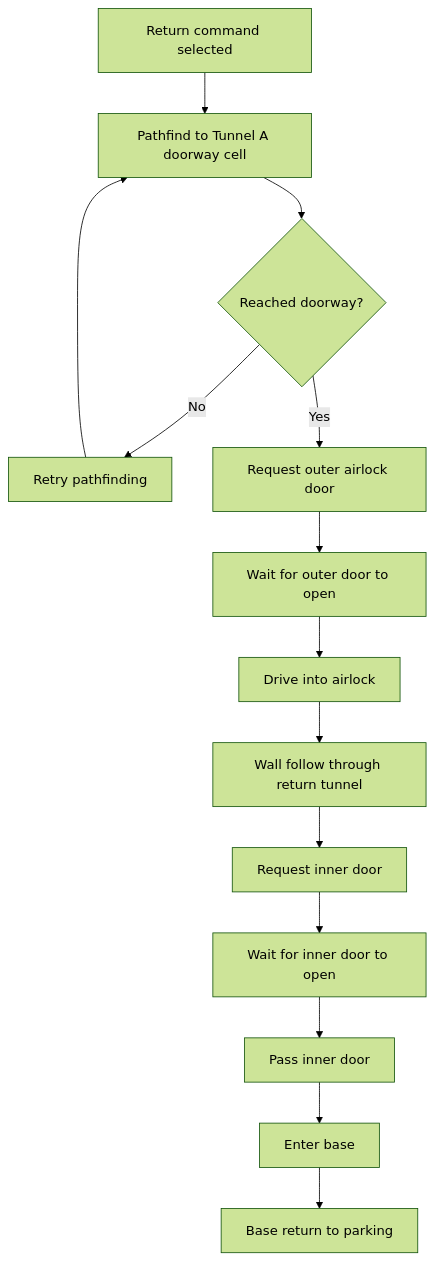
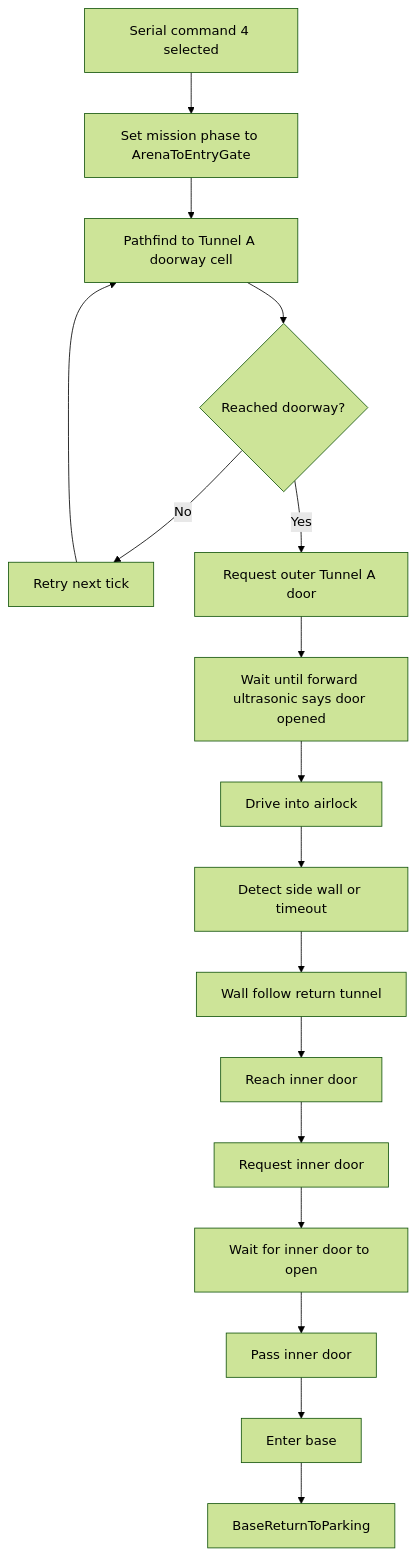
Before and after one commit to Nolanyu99/term3_robot: diagram 12 of 14 in README.md, drawn with Mermaid (forest theme). The commit also changed other lines of this file, not shown here.

````diff
--- a/README.md
+++ b/README.md
@@ -457,18 +721,21 @@
 ```mermaid
 flowchart TD
-    A[Return command selected] --> B[Pathfind to Tunnel A doorway cell]
-    B --> C{Reached doorway?}
+    A[Serial command 4 selected] --> B[Set mission phase to ArenaToEntryGate]
+    B --> C[Pathfind to Tunnel A doorway cell]
+    C --> D{Reached doorway?}
 
-    C -->|No| D[Retry pathfinding]
-    D --> B
+    D -->|No| E[Retry next tick]
+    E --> C
 
-    C -->|Yes| E[Request outer airlock door]
-    E --> F[Wait for outer door to open]
-    F --> G[Drive into airlock]
-    G --> H[Wall follow through return tunnel]
-    H --> I[Request inner door]
-    I --> J[Wait for inner door to open]
-    J --> K[Pass inner door]
-    K --> L[Enter base]
-    L --> M[Base return to parking]
+    D -->|Yes| F[Request outer Tunnel A door]
+    F --> G[Wait until forward ultrasonic says door opened]
+    G --> H[Drive into airlock]
+    H --> I[Detect side wall or timeout]
+    I --> J[Wall follow return tunnel]
+    J --> K[Reach inner door]
+    K --> L[Request inner door]
+    L --> M[Wait for inner door to open]
+    M --> N[Pass inner door]
+    N --> O[Enter base]
+    O --> P[BaseReturnToParking]
 ```
````
